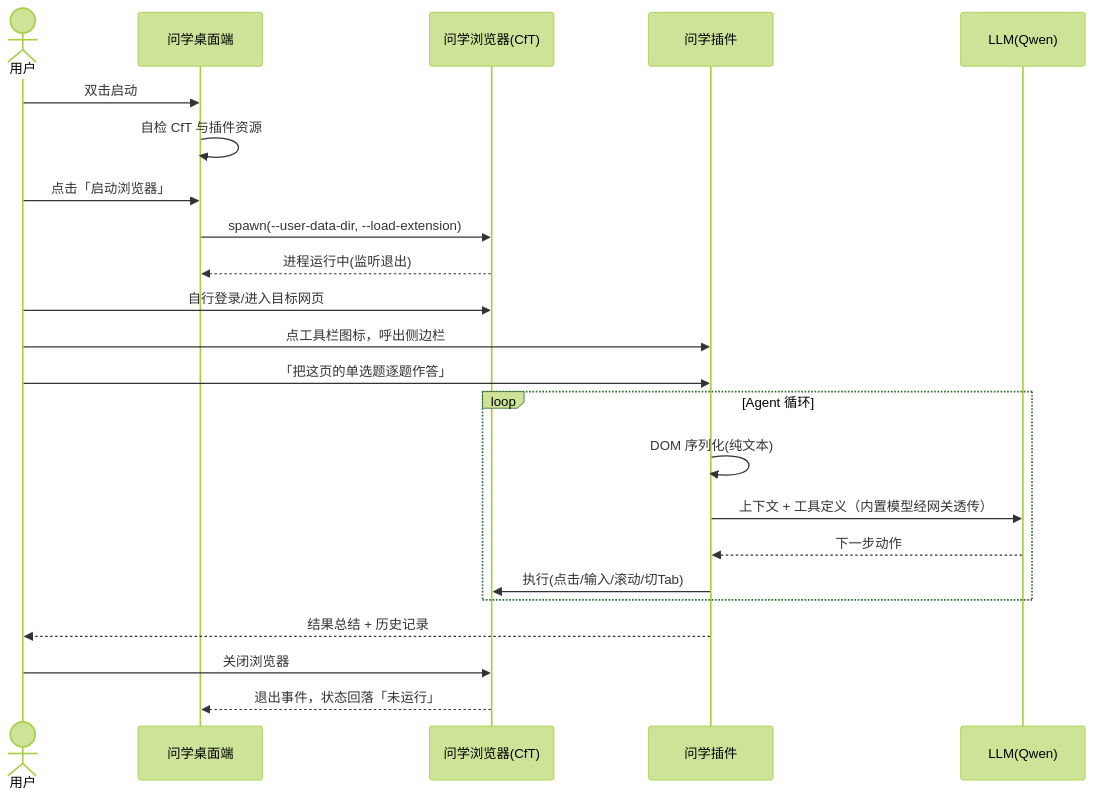
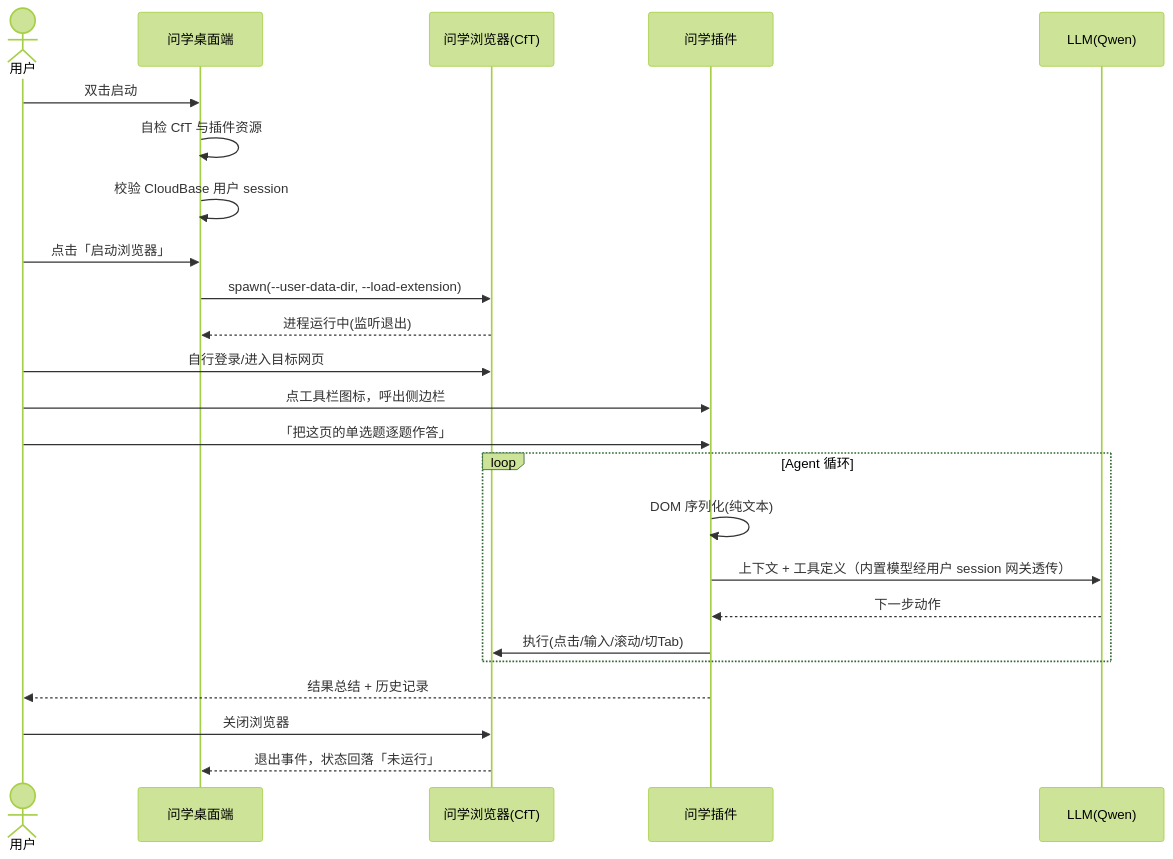
One commit to SmartSunruiyang/WenXue changed the second of 2 diagrams in .project.agents/docs/context/PRD.md. Above: the diagram before and after it, drawn with Mermaid (forest theme). The commit also changed other lines of this file and 105 other files, not shown here.

````diff
--- a/.project.agents/docs/context/PRD.md
+++ b/.project.agents/docs/context/PRD.md
@@ -166,26 +180,27 @@
 ```mermaid
 sequenceDiagram
     actor U as 用户
     participant App as 问学桌面端
     participant Br as 问学浏览器(CfT)
     participant Ext as 问学插件
     participant LLM as LLM(Qwen)
 
     U->>App: 双击启动
     App->>App: 自检 CfT 与插件资源
+    App->>App: 校验 CloudBase 用户 session
     U->>App: 点击「启动浏览器」
     App->>Br: spawn(--user-data-dir, --load-extension)
     Br-->>App: 进程运行中(监听退出)
     U->>Br: 自行登录/进入目标网页
     U->>Ext: 点工具栏图标，呼出侧边栏
     U->>Ext: 「把这页的单选题逐题作答」
     loop Agent 循环
         Ext->>Ext: DOM 序列化(纯文本)
-        Ext->>LLM: 上下文 + 工具定义（内置模型经网关透传）
+        Ext->>LLM: 上下文 + 工具定义（内置模型经用户 session 网关透传）
         LLM-->>Ext: 下一步动作
         Ext->>Br: 执行(点击/输入/滚动/切Tab)
     end
     Ext-->>U: 结果总结 + 历史记录
     U->>Br: 关闭浏览器
     Br-->>App: 退出事件，状态回落「未运行」
 ```
````
